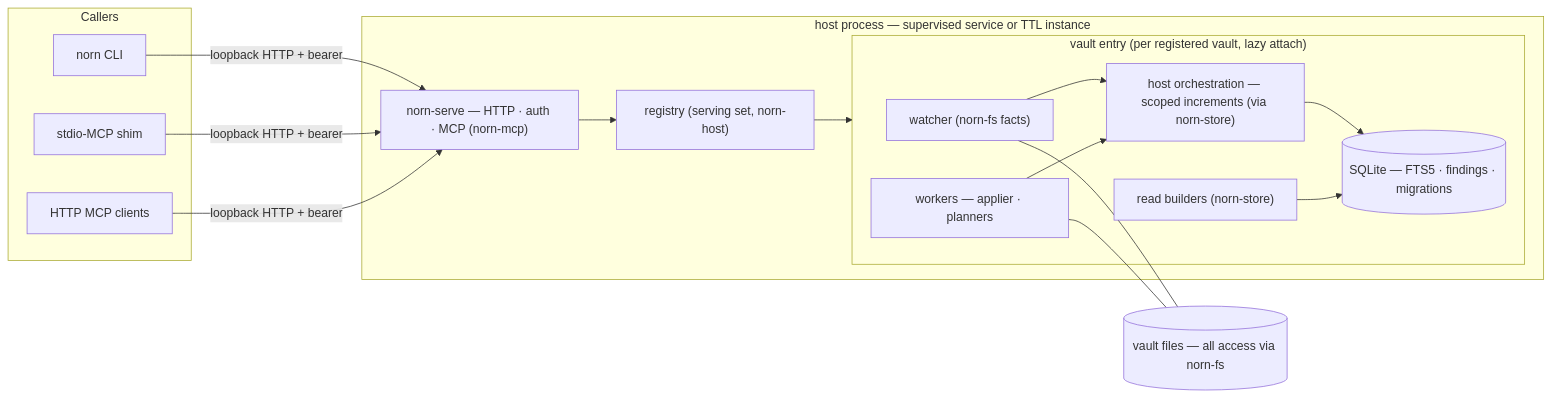
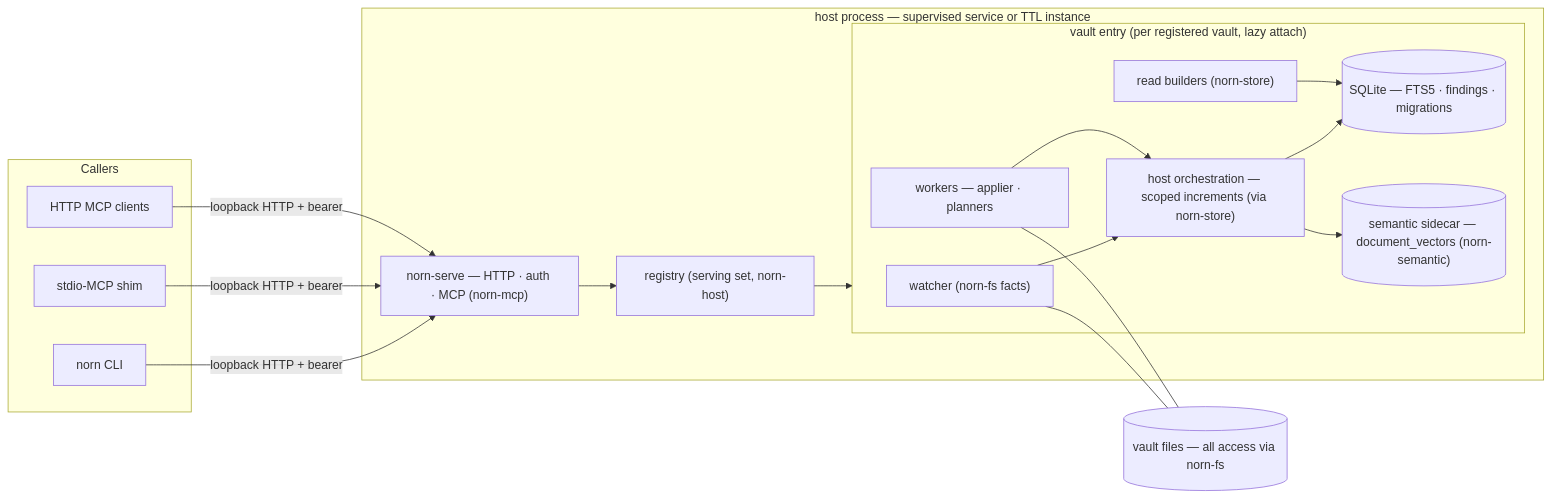
Before and after one commit to dbtlr/norn-next: the second of 3 diagrams in docs/architecture.md, drawn with Mermaid. The commit also changed other lines of this file and 11 other files, not shown here.

````diff
--- a/docs/architecture.md
+++ b/docs/architecture.md
@@ -1117,23 +1117,24 @@
 ```mermaid
 graph LR
   subgraph callers["Callers"]
     cli["norn CLI"]
     shim["stdio-MCP shim"]
     agents["HTTP MCP clients"]
   end
   cli -- "loopback HTTP + bearer" --> api
   shim -- "loopback HTTP + bearer" --> api
   agents -- "loopback HTTP + bearer" --> api
   subgraph hostp["host process — supervised service or TTL instance"]
     api["norn-serve — HTTP · auth · MCP (norn-mcp)"] --> reg["registry (serving set, norn-host)"]
     reg --> v1
     subgraph v1["vault entry (per registered vault, lazy attach)"]
       watcher["watcher (norn-fs facts)"] --> orch["host orchestration — scoped increments (via norn-store)"]
       workers["workers — applier · planners"] --> orch
       orch --> db[("SQLite — FTS5 · findings · migrations")]
+      orch --> sidecar[("semantic sidecar — document_vectors (norn-semantic)")]
       reads["read builders (norn-store)"] --> db
     end
   end
   watcher --- files[("vault files — all access via norn-fs")]
   workers --- files
 ```
````
